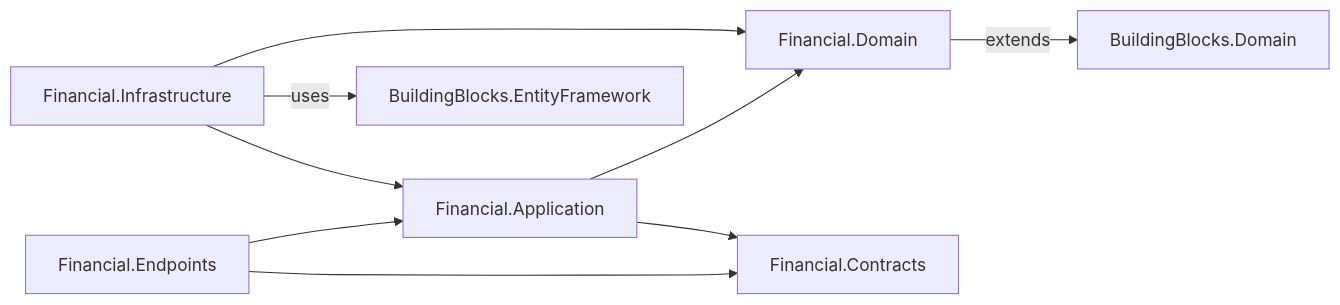
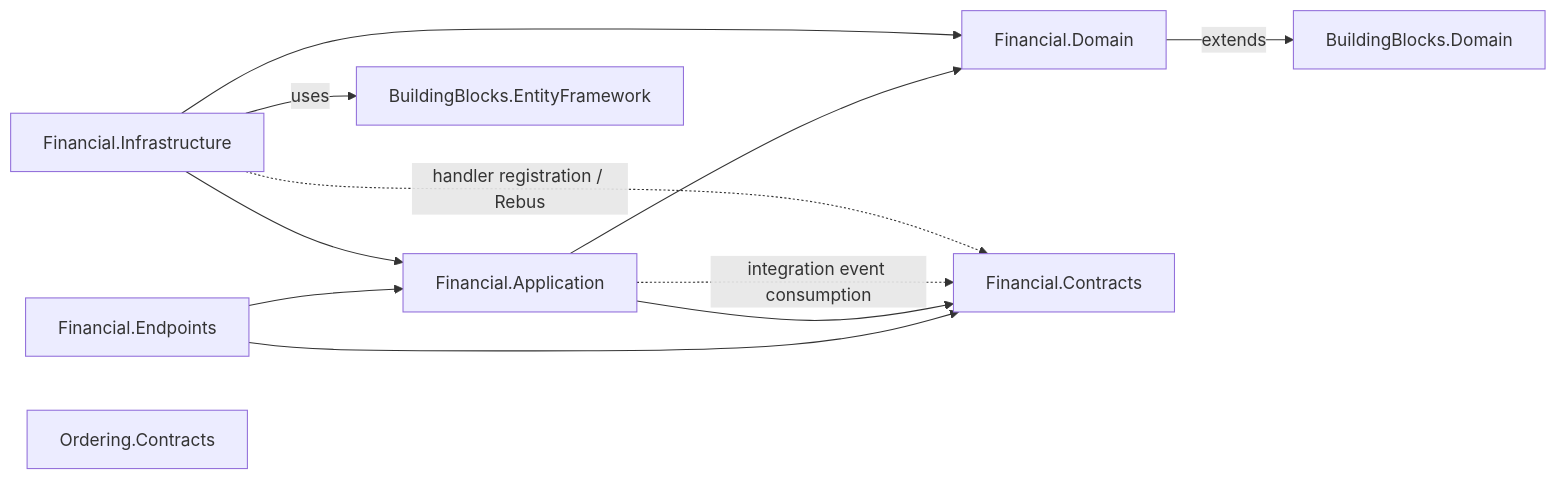
One commit to mohamedgamal17/Invoria changed the fifth of 7 diagrams in ai/Architecture.md. Above: the diagram before and after it, drawn with Mermaid. The commit also changed other lines of this file, not shown here.

Commit message:
docs: document the Financial module receivables lifecycle in Architecture.md

````diff
--- a/ai/Architecture.md
+++ b/ai/Architecture.md
@@ -563,23 +564,27 @@
 ```mermaid
 flowchart LR
   finEndpoints[Financial.Endpoints]
   finApp[Financial.Application]
   finDomain[Financial.Domain]
   finInfra[Financial.Infrastructure]
   finContracts[Financial.Contracts]
+  ordContracts[Ordering.Contracts]
 
   finEndpoints --> finApp
   finEndpoints --> finContracts
 
   finApp --> finDomain
   finApp --> finContracts
 
   finInfra --> finDomain
   finInfra --> finApp
 
+  finApp -.->|"integration event consumption"| finContracts
+  finInfra -.->|"handler registration / Rebus"| finContracts
+
   bbDomain[BuildingBlocks.Domain]
   bbEf[BuildingBlocks.EntityFramework]
 
   finDomain -->|"extends"| bbDomain
   finInfra -->|"uses"| bbEf
 ```
````
